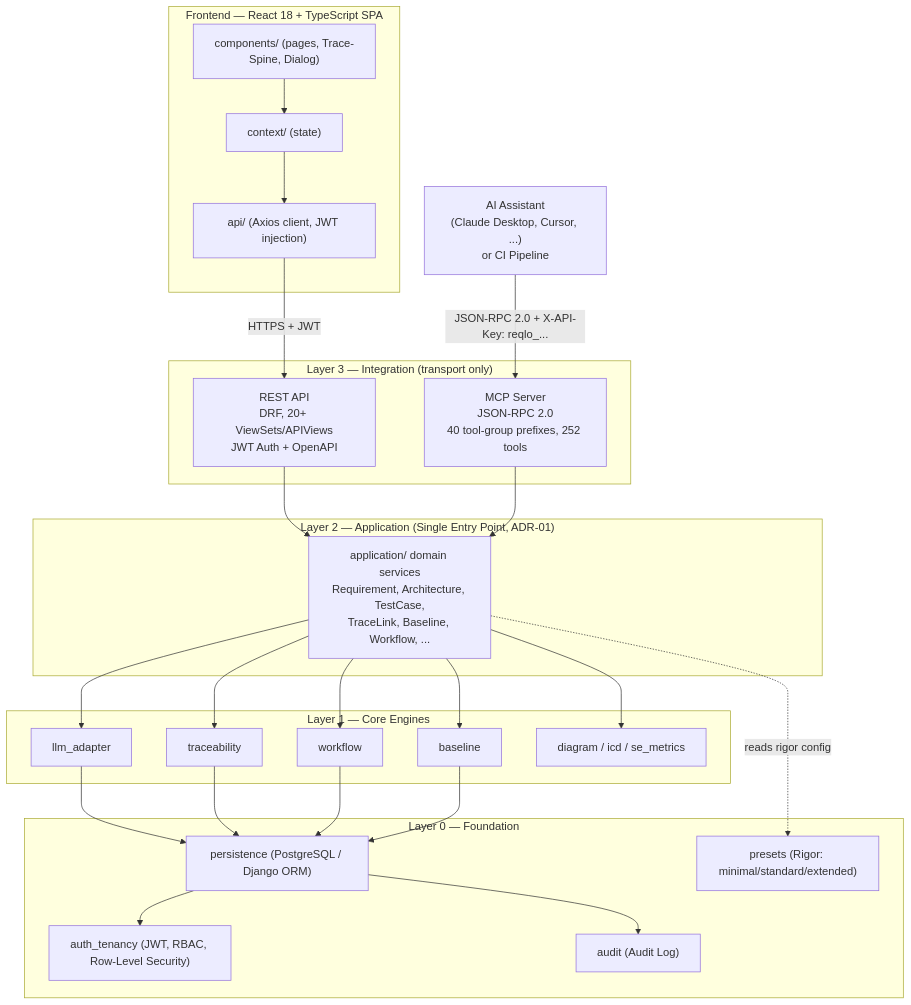
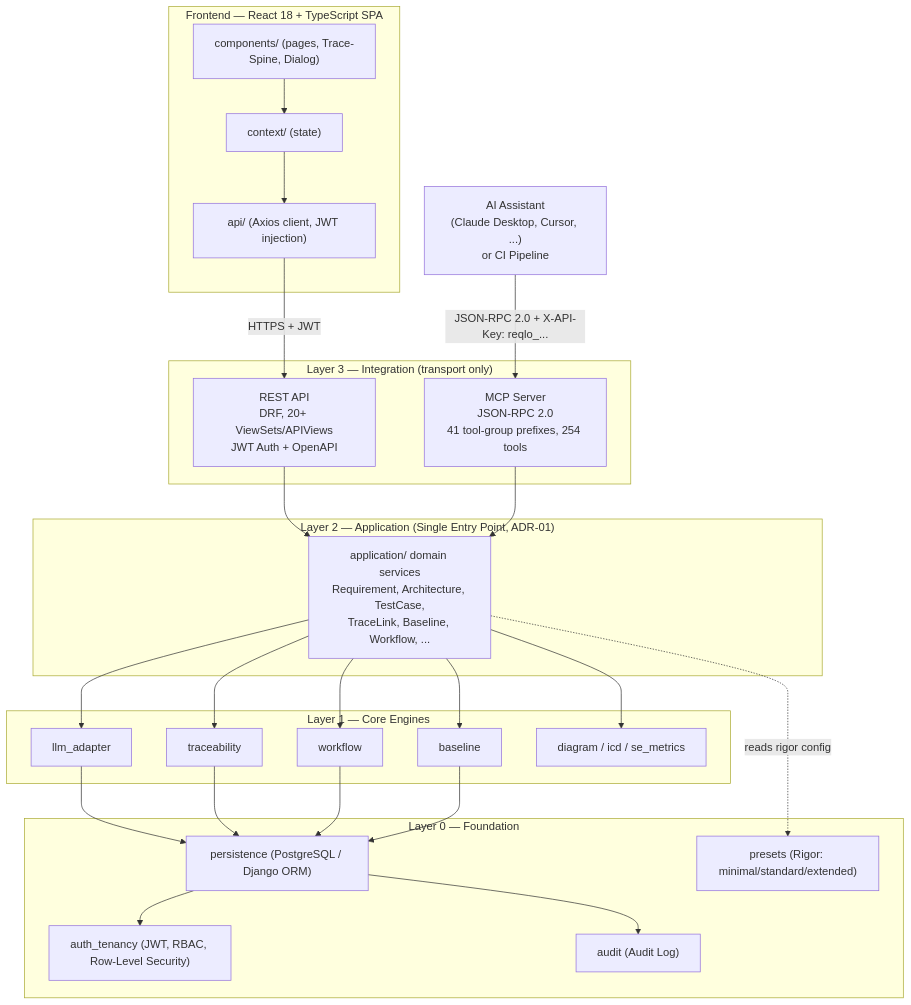
The first of 3 diagrams in README.md (Popoboxxo/ReqogniLoom), drawn with Mermaid before and after one commit. The commit also changed other lines of this file and 7 other files, not shown here.

Commit message:
chore(quality): propagate tool manifest counters and MCP catalog

````diff
--- a/README.md
+++ b/README.md
@@ -101,53 +101,53 @@
 ```mermaid
 graph TD
     subgraph FE["Frontend — React 18 + TypeScript SPA"]
         UI["components/ (pages, Trace-Spine, Dialog)"]
         CTX["context/ (state)"]
         APICLIENT["api/ (Axios client, JWT injection)"]
         UI --> CTX --> APICLIENT
     end
 
     EXT["AI Assistant<br/>(Claude Desktop, Cursor, ...)<br/>or CI Pipeline"]
 
     subgraph L3["Layer 3 — Integration (transport only)"]
         REST["REST API<br/>DRF, 20+ ViewSets/APIViews<br/>JWT Auth + OpenAPI"]
-        MCP["MCP Server<br/>JSON-RPC 2.0<br/>40 tool-group prefixes, 252 tools"]
+        MCP["MCP Server<br/>JSON-RPC 2.0<br/>41 tool-group prefixes, 254 tools"]
     end
 
     subgraph L2["Layer 2 — Application (Single Entry Point, ADR-01)"]
         APP["application/ domain services<br/>Requirement, Architecture, TestCase,<br/>TraceLink, Baseline, Workflow, ..."]
     end
 
     subgraph L1["Layer 1 — Core Engines"]
         LLM["llm_adapter"]
         TRACE["traceability"]
         WF["workflow"]
         BASE["baseline"]
         DIAG["diagram / icd / se_metrics"]
     end
 
     subgraph L0["Layer 0 — Foundation"]
         PERSIST["persistence (PostgreSQL / Django ORM)"]
         AUTH["auth_tenancy (JWT, RBAC, Row-Level Security)"]
         PRESET["presets (Rigor: minimal/standard/extended)"]
         AUDIT["audit (Audit Log)"]
     end
 
     APICLIENT -->|"HTTPS + JWT"| REST
     EXT -->|"JSON-RPC 2.0 + X-API-Key: reqlo_..."| MCP
 
     REST --> APP
     MCP --> APP
     APP --> LLM
     APP --> TRACE
     APP --> WF
     APP --> BASE
     APP --> DIAG
     APP -.->|"reads rigor config"| PRESET
     LLM --> PERSIST
     TRACE --> PERSIST
     WF --> PERSIST
     BASE --> PERSIST
     PERSIST --> AUTH
     PERSIST --> AUDIT
 ```
````
